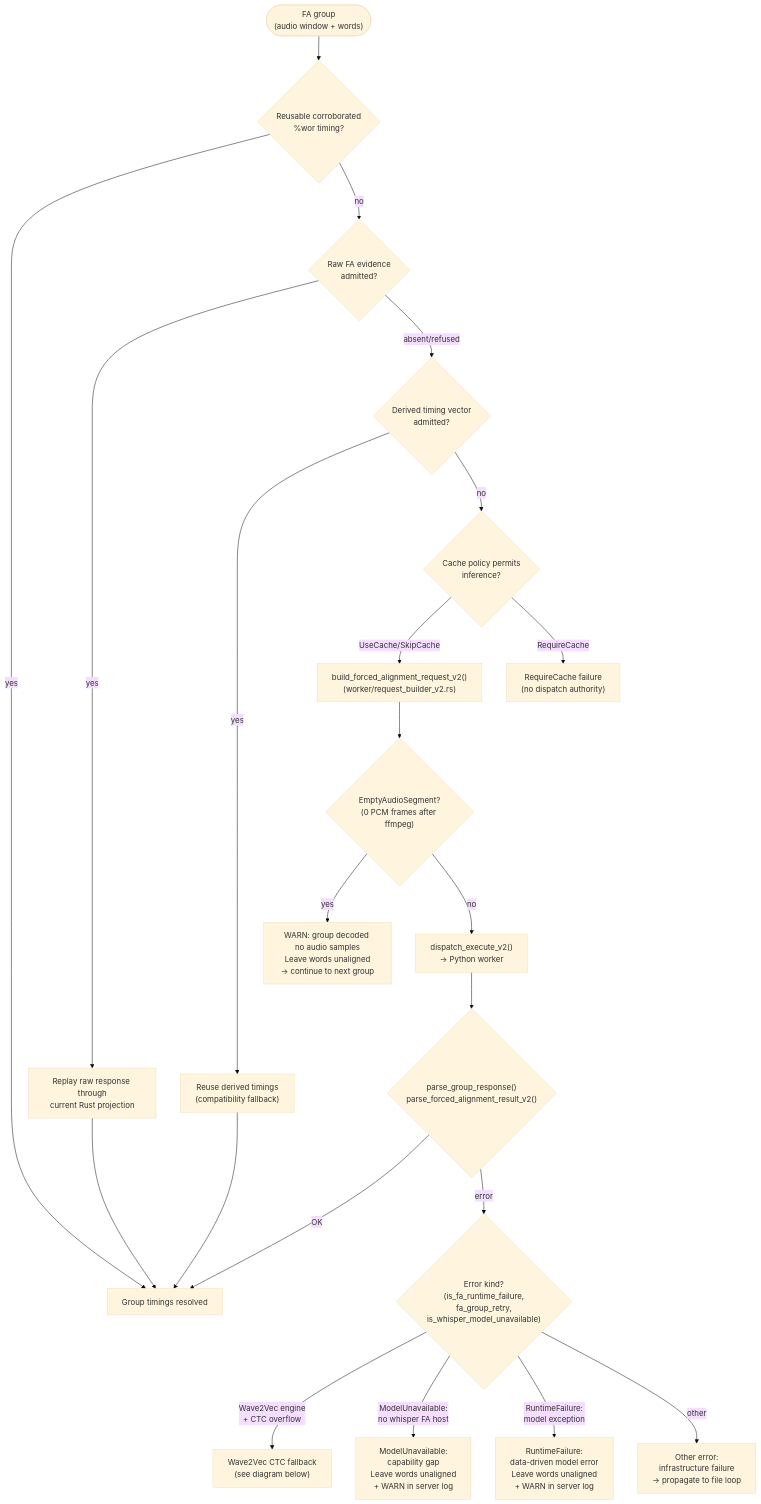
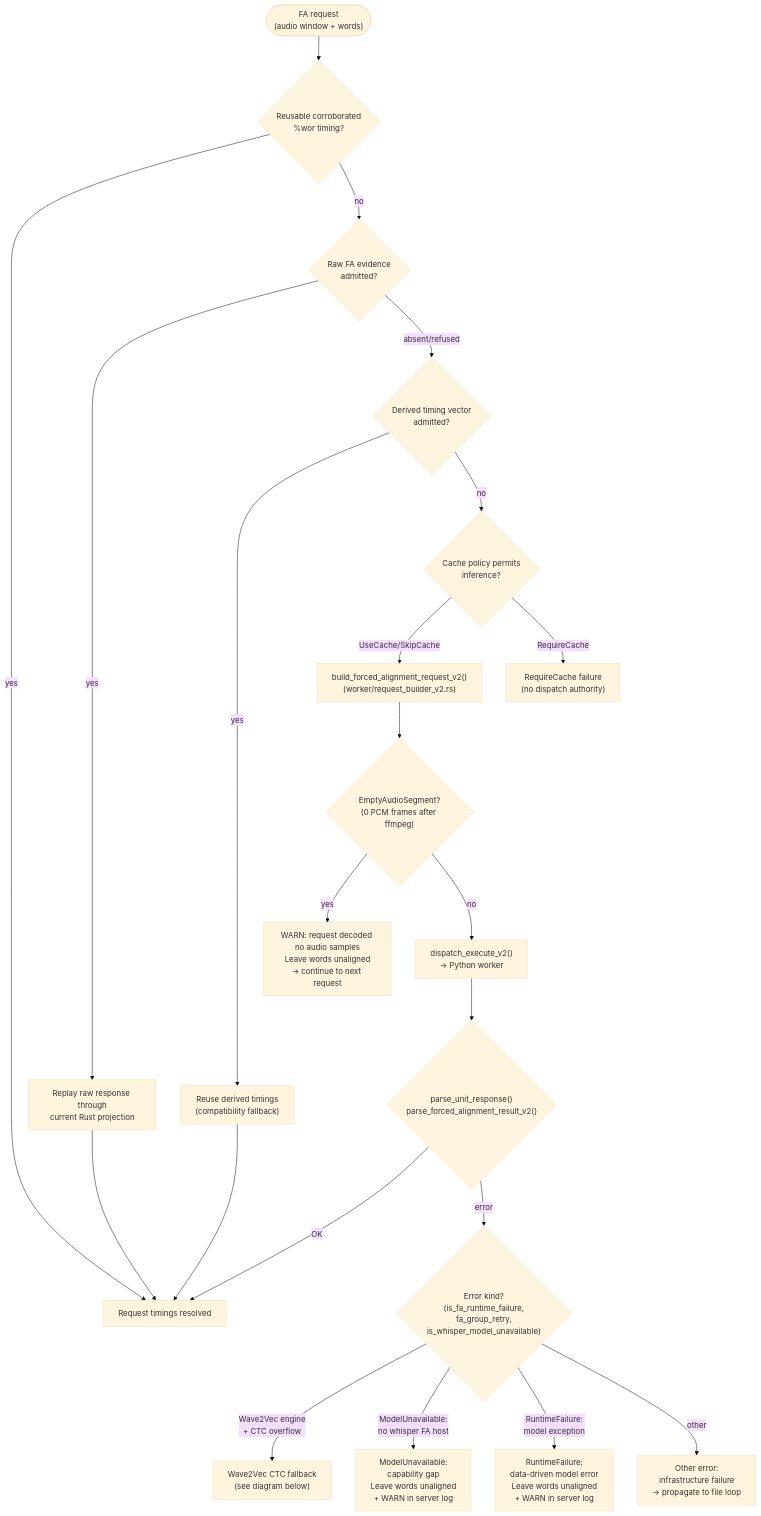
One commit to FranklinChen/talkbank-tools changed the ninth of 15 diagrams in book/src/batchalign/reference/forced-alignment.md. Above: the diagram before and after it, drawn with Mermaid (base theme). The commit also changed other lines of this file and 33 other files, not shown here.

````diff
--- a/book/src/batchalign/reference/forced-alignment.md
+++ b/book/src/batchalign/reference/forced-alignment.md
@@ -588,40 +680,40 @@
 ```mermaid
 flowchart TD
-    group(["FA group\n(audio window + words)"])
+    group(["FA request\n(audio window + words)"])
     wor{"Reusable corroborated\n%wor timing?"}
     raw{"Raw FA evidence\nadmitted?"}
     replay["Replay raw response through\ncurrent Rust projection"]
     derived{"Derived timing vector\nadmitted?"}
     cached_timings["Reuse derived timings\n(compatibility fallback)"]
     policy{"Cache policy permits\ninference?"}
     required_fail["RequireCache failure\n(no dispatch authority)"]
     build["build_forced_alignment_request_v2()\n(worker/request_builder_v2.rs)"]
     empty{"EmptyAudioSegment?\n(0 PCM frames after ffmpeg)"}
-    skip_empty["WARN: group decoded no audio samples\nLeave words unaligned\n→ continue to next group"]
+    skip_empty["WARN: request decoded no audio samples\nLeave words unaligned\n→ continue to next request"]
     dispatch["dispatch_execute_v2()\n→ Python worker"]
-    parse{"parse_group_response()\nparse_forced_alignment_result_v2()"}
-    ok["Group timings resolved"]
+    parse{"parse_unit_response()\nparse_forced_alignment_result_v2()"}
+    ok["Request timings resolved"]
     err_kind{"Error kind?\n(is_fa_runtime_failure,\nfa_group_retry,\nis_whisper_model_unavailable)"}
     ctc["Wave2Vec CTC fallback\n(see diagram below)"]
     model_unavail["ModelUnavailable: \ncapability gap\nLeave words unaligned\n+ WARN in server log"]
     runtime_fail["RuntimeFailure: \ndata-driven model error\nLeave words unaligned\n+ WARN in server log"]
     other["Other error: \ninfrastructure failure\n→ propagate to file loop"]
 
     group --> wor
     wor -->|"yes"| ok
     wor -->|"no"| raw
     raw -->|"yes"| replay --> ok
     raw -->|"absent/refused"| derived
     derived -->|"yes"| cached_timings --> ok
     derived -->|"no"| policy
     policy -->|"UseCache/SkipCache"| build --> empty
     policy -->|"RequireCache"| required_fail
     empty -->|"yes"| skip_empty
     empty -->|"no"| dispatch --> parse
     parse -->|"OK"| ok
     parse -->|"error"| err_kind
     err_kind -->|"Wave2Vec engine\n+ CTC overflow"| ctc
     err_kind -->|"ModelUnavailable:\nno whisper FA host"| model_unavail
     err_kind -->|"RuntimeFailure:\nmodel exception"| runtime_fail
     err_kind -->|"other"| other
 ```
````
